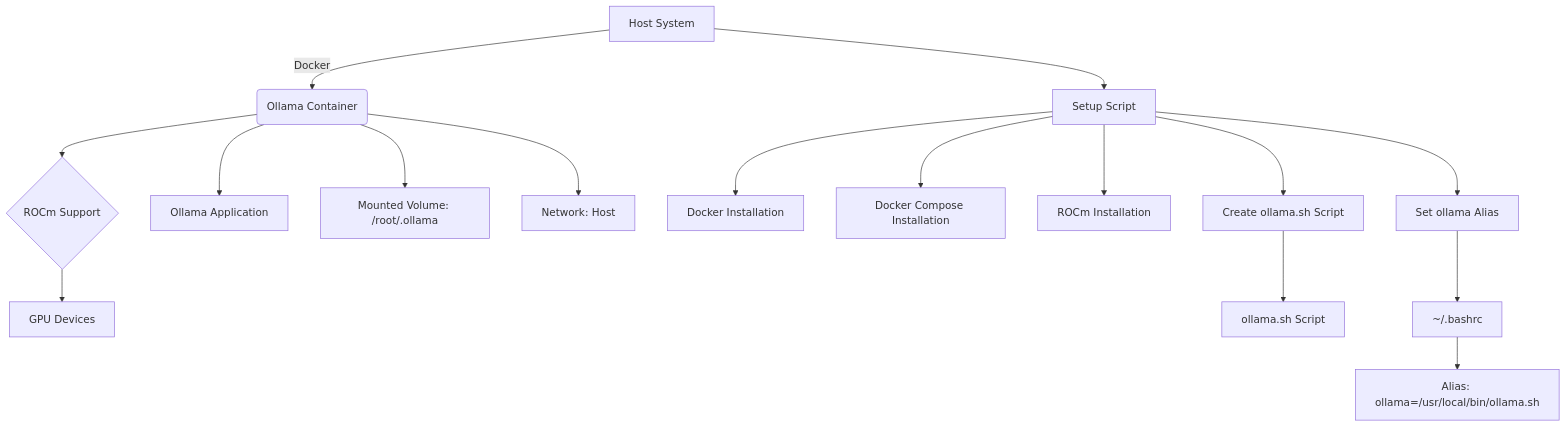
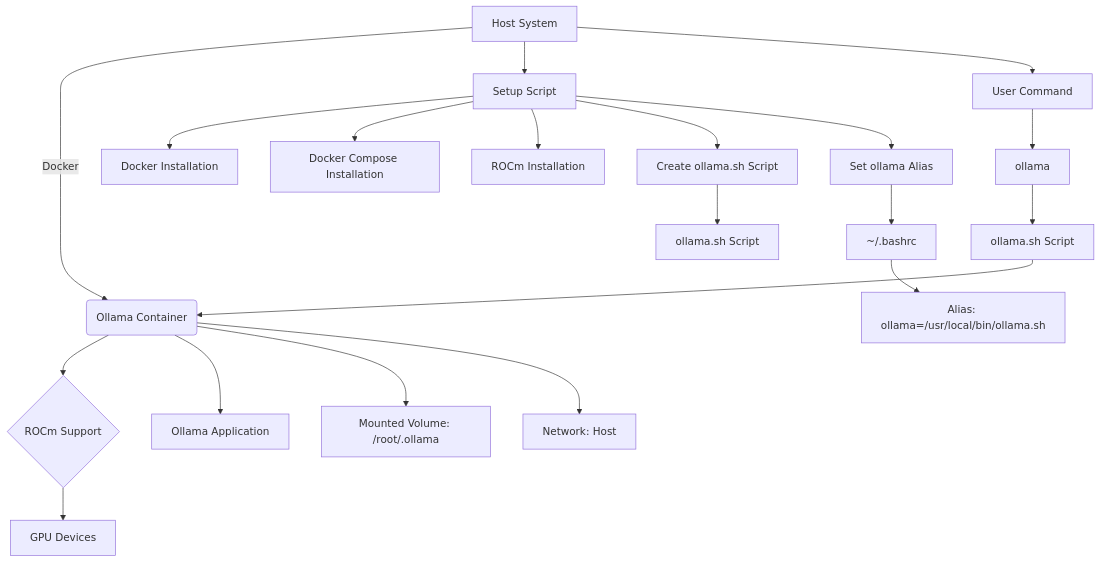
One commit to avnigashi/ollama-rocm-docker changed the diagram in README.md. Above: the diagram before and after it, drawn with Mermaid.

````diff
--- a/README.md
+++ b/README.md
@@ -117,19 +117,23 @@
 ```mermaid
 graph TD;
     A[Host System] -->|Docker| B(Ollama Container)
     B --> C{ROCm Support}
     C --> D[GPU Devices]
     B --> E[Ollama Application]
     B --> F[Mounted Volume: /root/.ollama]
     B --> G[Network: Host]
     A --> H[Setup Script]
     H --> I[Docker Installation]
     H --> J[Docker Compose Installation]
     H --> K[ROCm Installation]
     H --> L[Create ollama.sh Script]
     L --> M[ollama.sh Script]
     H --> N[Set ollama Alias]
     N --> O[~/.bashrc]
     O --> P["Alias: ollama="/usr/local/bin/ollama.sh""]
+    A --> Q[User Command]
+    Q --> R[ollama <args>]
+    R --> S[ollama.sh Script]
+    S --> B
 
 ```
````
